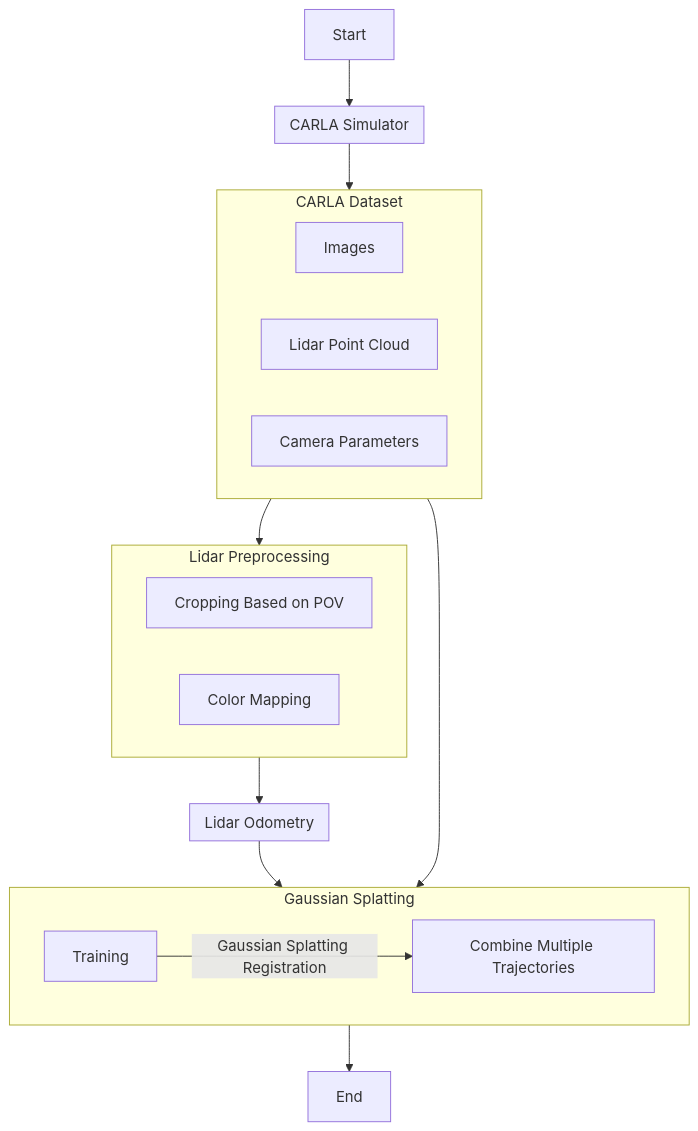
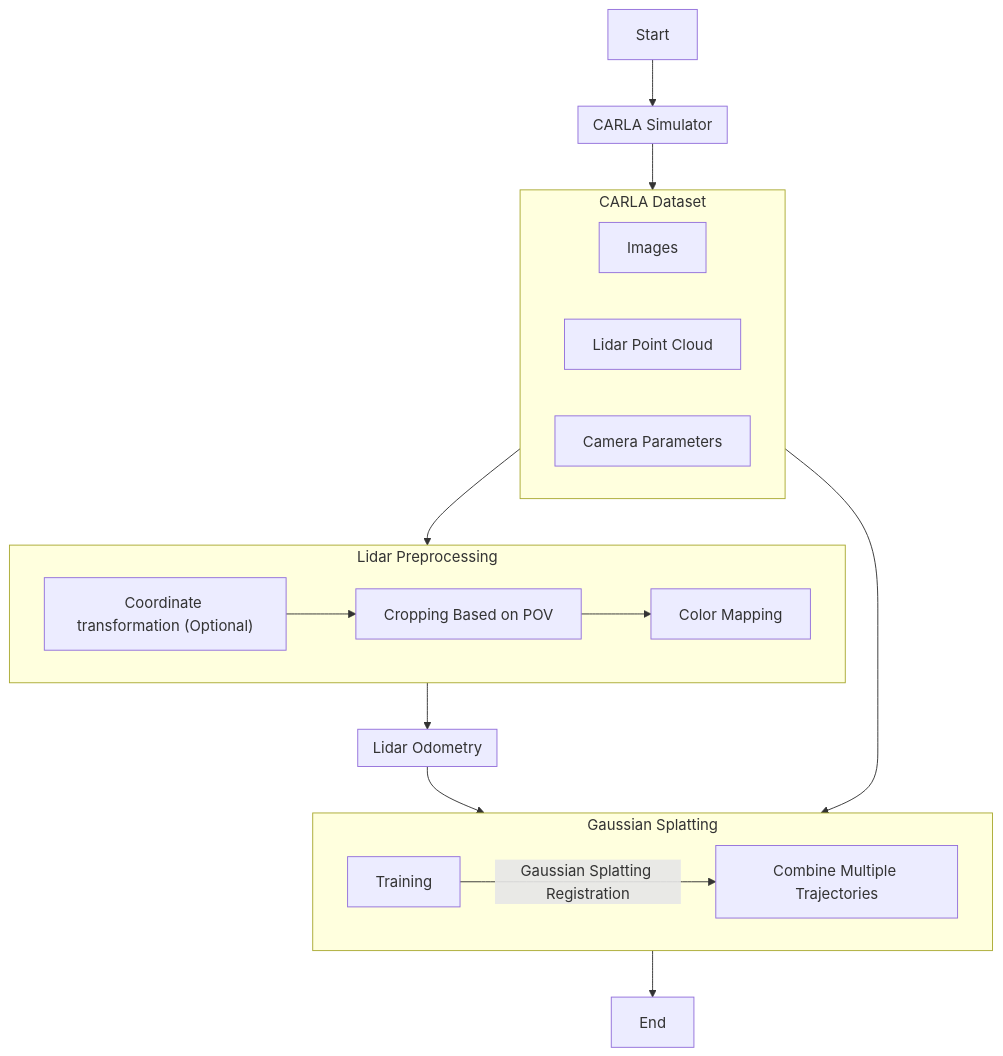
One commit to zhumorui/CARLA2NMR changed the diagram in README.md. Above: the diagram before and after it, drawn with Mermaid. The commit also changed 5 other files, not shown here.

````diff
--- a/README.md
+++ b/README.md
@@ -43,34 +43,37 @@
 ```mermaid
 graph TD
     A[Start] --> B
     B --> C
     C --> D
+    D1 --> D2
+    D2 --> D3
     D --> E
     E & C --> G
     G1 --> |Gaussian Splatting Registration|G2
     G --> J[End]
 
     subgraph B[CARLA Simulator]
     end
 
     subgraph C[CARLA Dataset]
       C1[Images]
       C2[Lidar Point Cloud]
       C3[Camera Parameters]
     end
 
     subgraph D[Lidar Preprocessing]
-      D1[Cropping Based on POV]
-      D2[Color Mapping]
+      D1["Coordinate transformation (Optional)"]
+      D2[Cropping Based on POV]
+      D3[Color Mapping]
     end
 
     subgraph E[Lidar Odometry]
       
     end
 
     subgraph G[Gaussian Splatting]
       G1[Training]
       G2[Combine Multiple Trajectories]
     end
     
 ```
````
